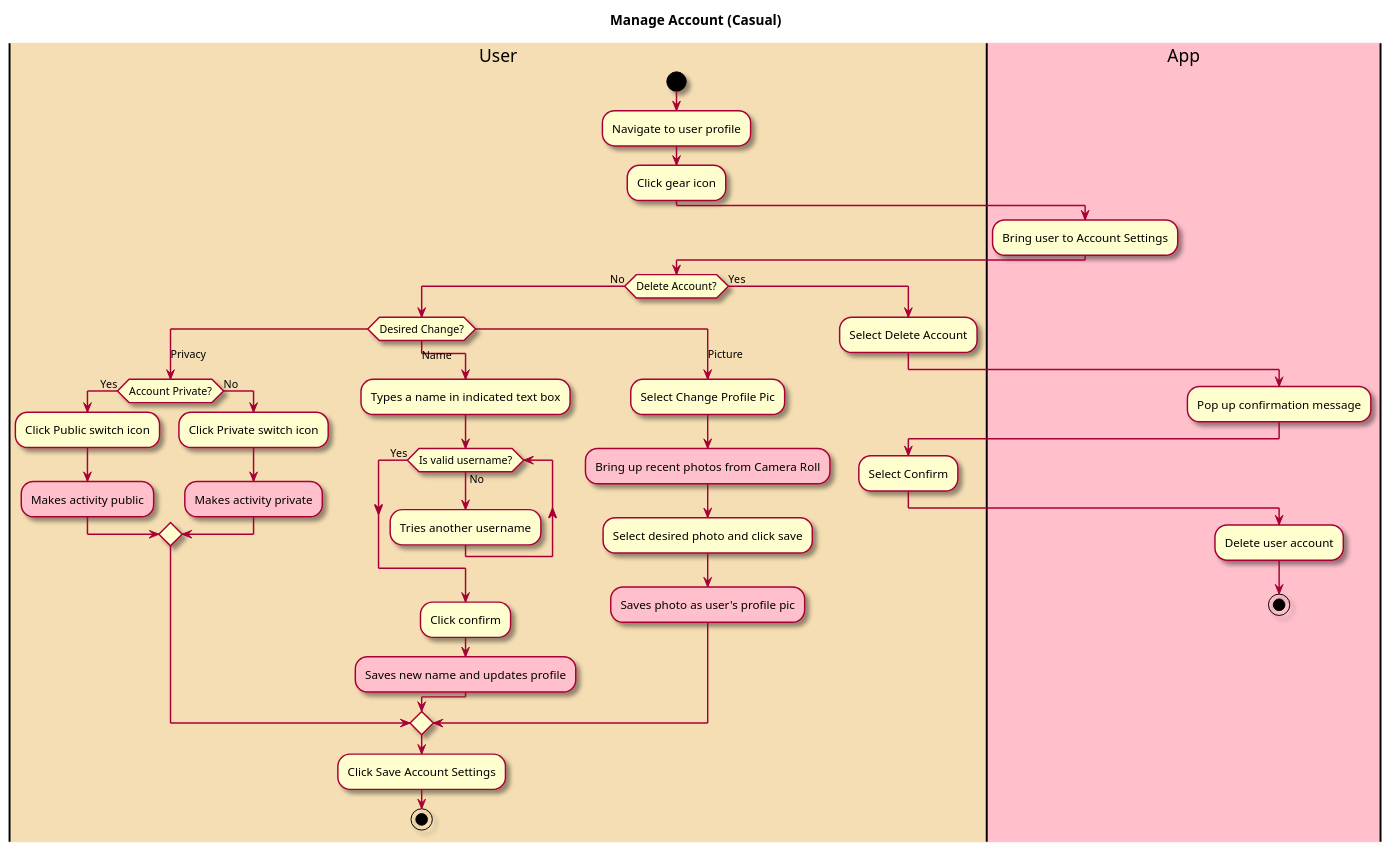
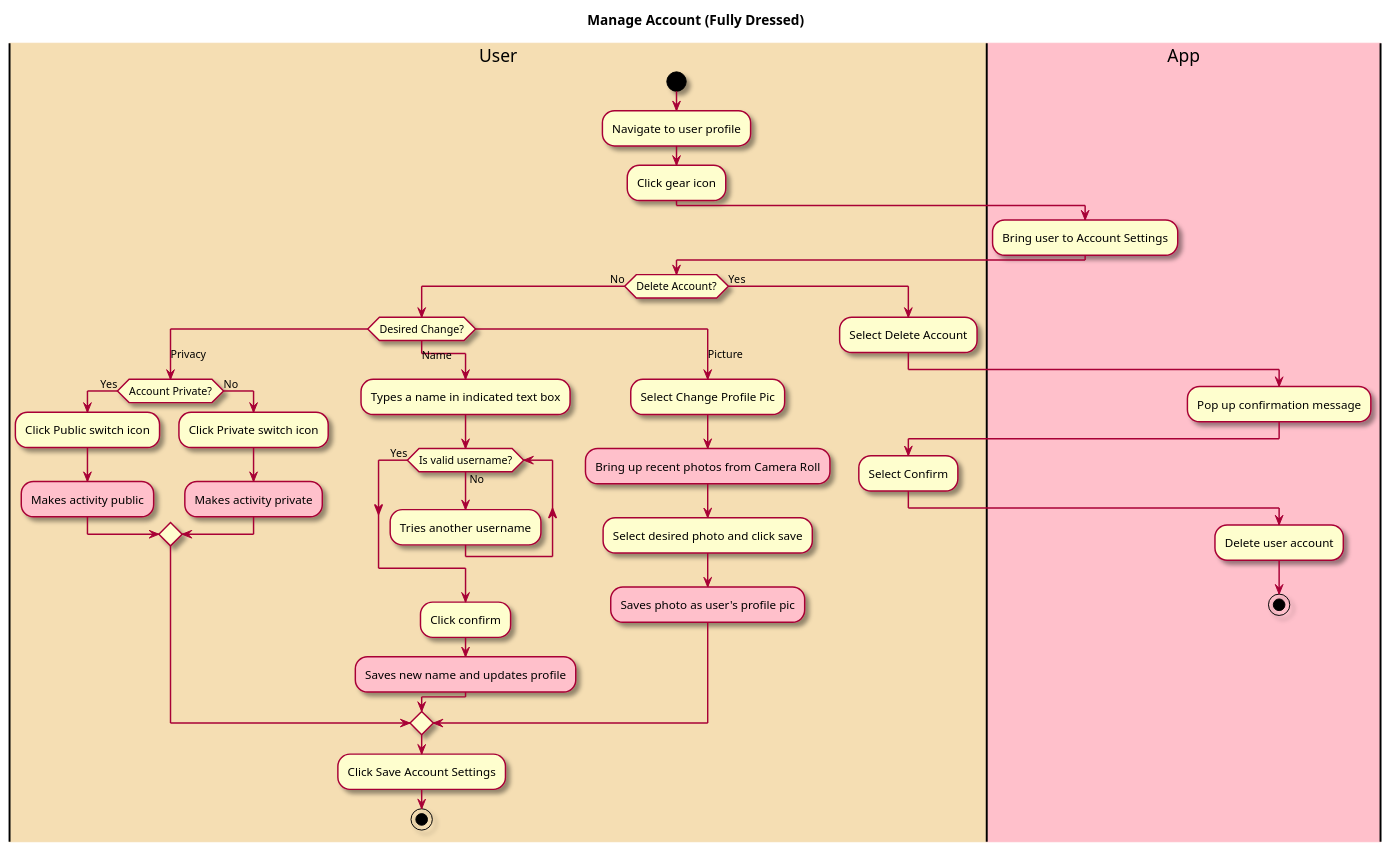
The diagram in intellij/doc/use_cases/manage-account.md (tanwasp/LunchBox-Android), drawn with PlantUML before and after one commit. The commit also changed other lines of this file and 15 other files, not shown here.

````diff
--- a/intellij/doc/use_cases/manage-account.md
+++ b/intellij/doc/use_cases/manage-account.md
@@ -26,65 +26,65 @@
 ```plantuml
 @startuml
 
 skin rose
 
-title Manage Account (Casual)
+title Manage Account (Fully Dressed)
 
 |#wheat|User|
 |#pink|App|
 
 |User|
 start
 :Navigate to user profile;
 :Click gear icon;
 
 |App|
 :Bring user to Account Settings;
 
 |User|
 if (Delete Account?) is (No) then
 switch (Desired Change?) 
 case (Privacy)
 if (Account Private?) is (Yes) then
 :Click Public switch icon;
 #pink:Makes activity public;
 else (No)
 :Click Private switch icon;
 #pink:Makes activity private;
 endif
 case (Name)
 |User|
 :Types a name in indicated text box;
 
 while (Is valid username?) is (No) 
 |User|
 :Tries another username;
 endwhile (Yes)
 :Click confirm;
 #pink:Saves new name and updates profile;
 
 case (Picture)
 |User|
 :Select Change Profile Pic;
 #pink:Bring up recent photos from Camera Roll;
 :Select desired photo and click save;
 #pink:Saves photo as user's profile pic;
 endswitch
 
 |User|
 :Click Save Account Settings;
 stop
 
 else (Yes)
 |User|
 :Select Delete Account;
 |App|
 :Pop up confirmation message;
 |User|
 :Select Confirm;
 |App|
 :Delete user account;
 stop
 
 @enduml
 ```
````
